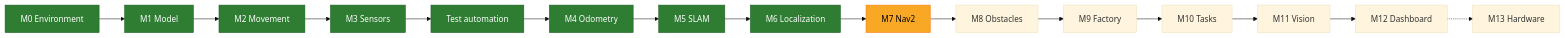
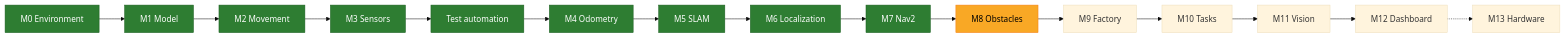
Before and after one commit to Nikhil-Jangid/smart-factory-amr: the first of 3 diagrams in README.md, drawn with Mermaid (base theme). The commit also changed other lines of this file and 34 other files, not shown here.

````diff
--- a/README.md
+++ b/README.md
@@ -56,10 +56,10 @@
 ```mermaid
 flowchart LR
   M0[M0 Environment] --> M1[M1 Model] --> M2[M2 Movement] --> M3[M3 Sensors] --> TA[Test automation] --> M4[M4 Odometry]
   M4 --> M5[M5 SLAM] --> M6[M6 Localization] --> M7[M7 Nav2] --> M8[M8 Obstacles] --> M9[M9 Factory] --> M10[M10 Tasks]
   M10 --> M11[M11 Vision] --> M12[M12 Dashboard] -.-> M13[M13 Hardware]
   classDef done fill:#2e7d32,color:#fff,stroke:#1b5e20;
   classDef next fill:#f9a825,color:#000,stroke:#f57f17;
-  class M0,M1,M2,M3,TA,M4,M5,M6 done;
-  class M7 next;
+  class M0,M1,M2,M3,TA,M4,M5,M6,M7 done;
+  class M8 next;
 ```
````
